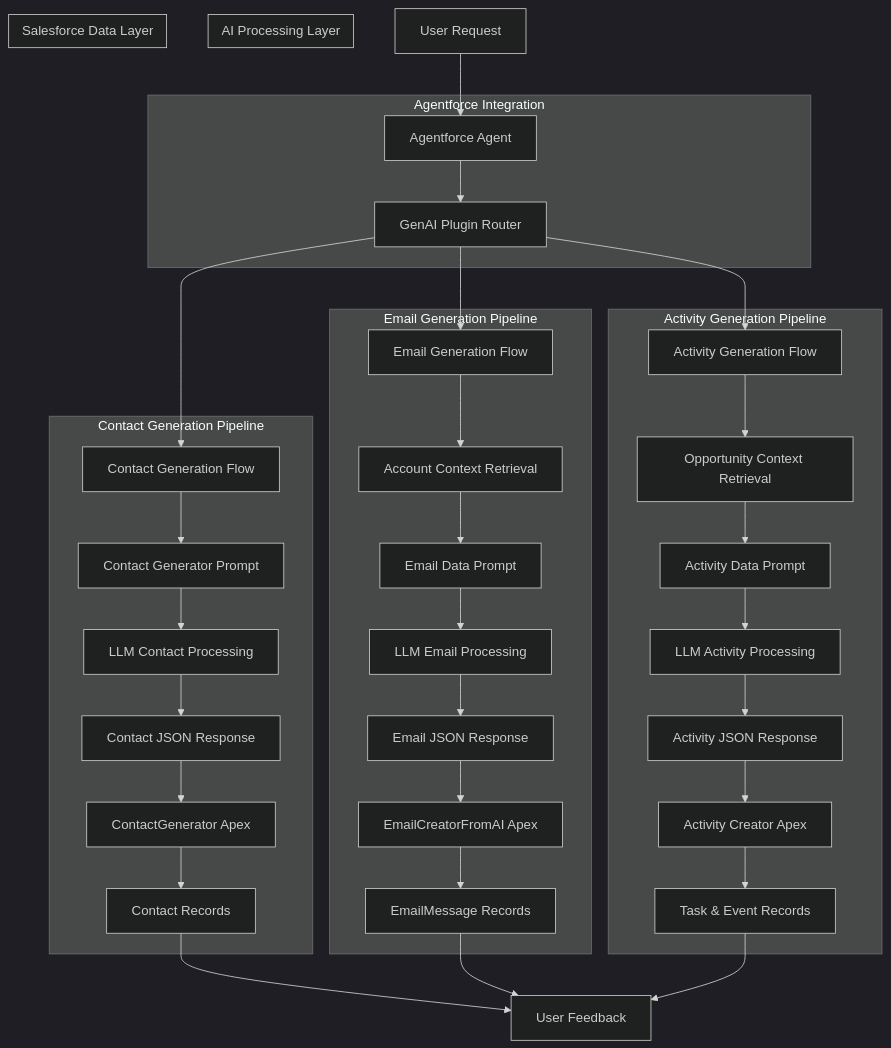
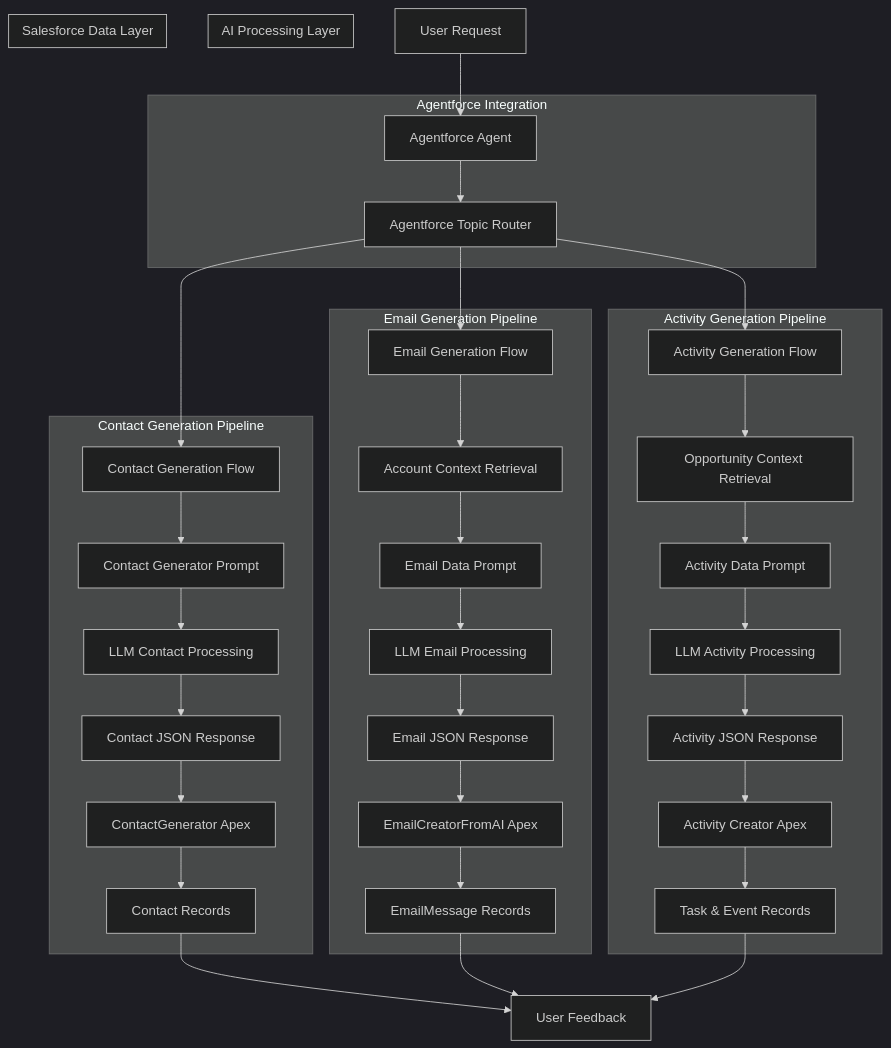
Before and after one commit to dylandersen/salesforce-mock-data-gen: the diagram in README.md, drawn with Mermaid (dark theme).

````diff
--- a/README.md
+++ b/README.md
@@ -7,65 +7,65 @@
 ```mermaid
 graph TD
     A[User Request] --> B[Agentforce Agent]
-    B --> C[GenAI Plugin Router]
+    B --> C[Agentforce Topic Router]
     
     C --> D1[Contact Generation Flow]
     C --> D2[Email Generation Flow]
     C --> D3[Activity Generation Flow]
     
     subgraph "Contact Generation Pipeline"
         D1 --> E1[Contact Generator Prompt]
         E1 --> F1[LLM Contact Processing]
         F1 --> G1[Contact JSON Response]
         G1 --> H1[ContactGenerator Apex]
         H1 --> I1[Contact Records]
     end
     
     subgraph "Email Generation Pipeline"
         D2 --> E2[Account Context Retrieval]
         E2 --> F2[Email Data Prompt]
         F2 --> G2[LLM Email Processing]
         G2 --> H2[Email JSON Response]
         H2 --> I2[EmailCreatorFromAI Apex]
         I2 --> J2[EmailMessage Records]
     end
     
     subgraph "Activity Generation Pipeline"
         D3 --> E3[Opportunity Context Retrieval]
         E3 --> F3[Activity Data Prompt]
         F3 --> G3[LLM Activity Processing]
         G3 --> H3[Activity JSON Response]
         H3 --> I3[Activity Creator Apex]
         I3 --> J3[Task & Event Records]
     end
     
     I1 --> K[User Feedback]
     J2 --> K
     J3 --> K
     
     subgraph "AI Processing Layer"
         E1
         E2
         E3
         F1
         F2
         F3
         G1
         G2
         G3
         H1
         H2
         H3
     end
     
     subgraph "Salesforce Data Layer"
         I1
         J2
         J3
     end
     
     subgraph "Agentforce Integration"
         B
         C
     end
 ```
````
